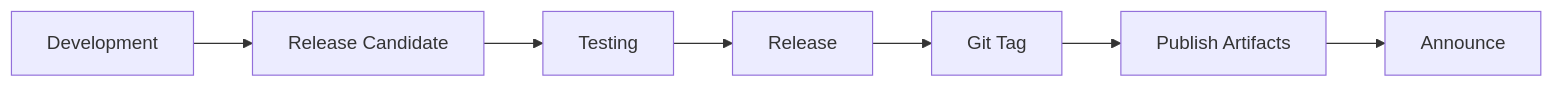
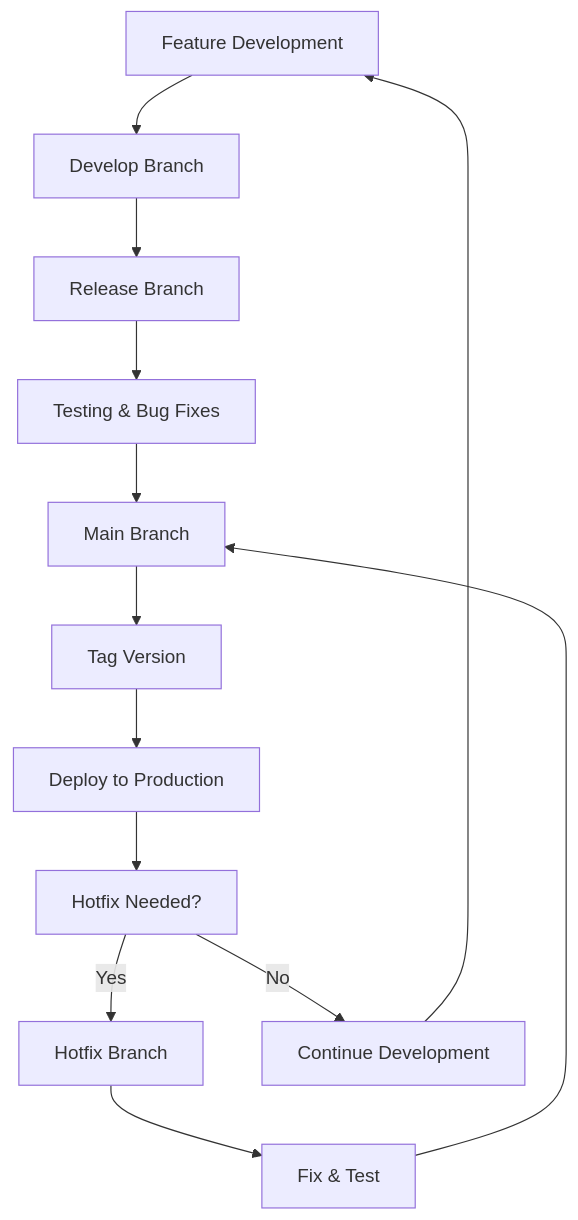
One commit to flamingo-stack/openframe-oss-lib changed the fourth of 4 diagrams in docs/development/contributing/guidelines.md. Above: the diagram before and after it, drawn with Mermaid. The commit also changed other lines of this file and 12 other files, not shown here.

````diff
--- a/docs/development/contributing/guidelines.md
+++ b/docs/development/contributing/guidelines.md
@@ -853,9 +734,16 @@
 ```mermaid
-graph LR
-    DEV[Development] --> RC[Release Candidate]
-    RC --> TEST[Testing]
-    TEST --> RELEASE[Release]
-    RELEASE --> TAG[Git Tag]
-    TAG --> PUBLISH[Publish Artifacts]
-    PUBLISH --> ANNOUNCE[Announce]
+graph TD
+    A[Feature Development] --> B[Develop Branch]
+    B --> C[Release Branch]
+    C --> D[Testing & Bug Fixes]
+    D --> E[Main Branch]
+    E --> F[Tag Version]
+    F --> G[Deploy to Production]
+    
+    G --> H[Hotfix Needed?]
+    H -->|Yes| I[Hotfix Branch]
+    I --> J[Fix & Test]
+    J --> E
+    H -->|No| K[Continue Development]
+    K --> A
 ```
````
